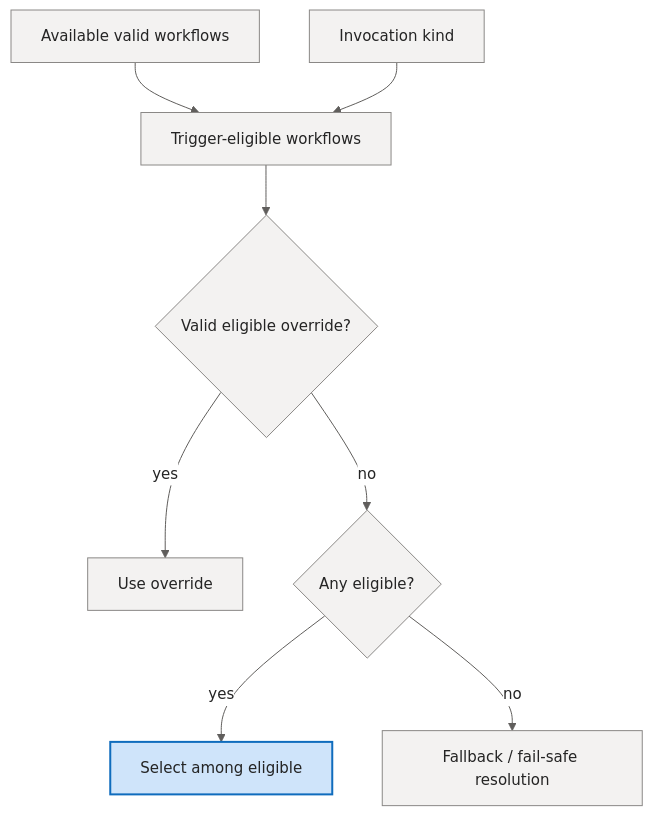
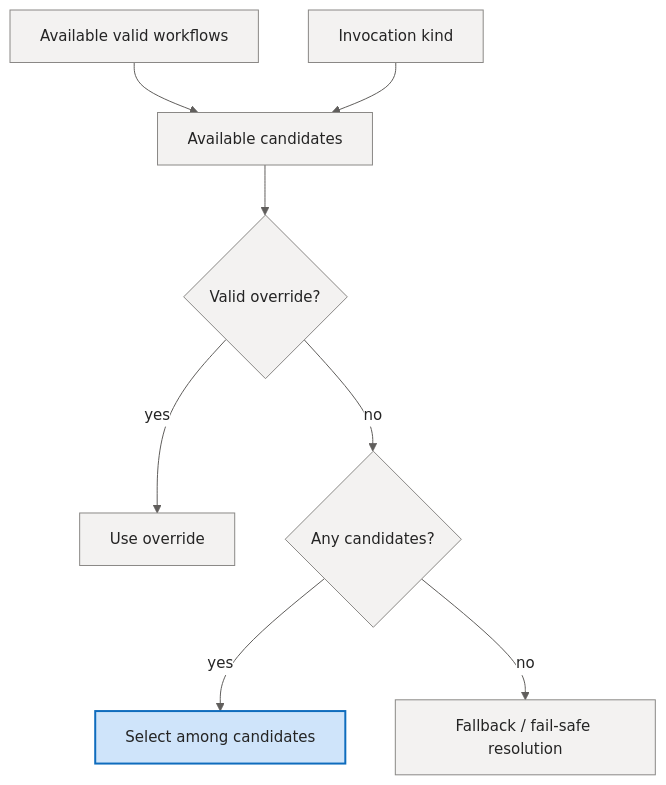
Before and after one commit to sabbour/agentweaver: the seventh of 11 diagrams in docs/deep-dive/workflow-engine.md, drawn with Mermaid. The commit also changed other lines of this file and 3 other files, not shown here.

````diff
--- a/docs/deep-dive/workflow-engine.md
+++ b/docs/deep-dive/workflow-engine.md
@@ -341,31 +324,31 @@
 ```mermaid
 %%{init: {'theme':'base','themeVariables':{'fontFamily':'Segoe UI, system-ui, -apple-system, sans-serif','fontSize':'15px','primaryColor':'#E8EEF9','primaryBorderColor':'#0F6CBD','primaryTextColor':'#242424','lineColor':'#605E5C','clusterBkg':'#FAF9F8','clusterBorder':'#D2D0CE','edgeLabelBackground':'#FFFFFF'}}}%%
 flowchart TD
     Available[Available valid workflows]
     Kind[Invocation kind]
-    Eligible[Trigger-eligible workflows]
-    Override{Valid eligible override?}
+    Candidates[Available candidates]
+    Override{Valid override?}
     UseOverride[Use override]
-    None{Any eligible?}
-    Select[Select among eligible]
+    None{Any candidates?}
+    Select[Select among candidates]
     Fallback[Fallback / fail-safe resolution]
 
-    Available --> Eligible
-    Kind --> Eligible
-    Eligible --> Override
+    Available --> Candidates
+    Kind --> Candidates
+    Candidates --> Override
     Override -- yes --> UseOverride
     Override -- no --> None
     None -- yes --> Select
     None -- no --> Fallback
 
     classDef client fill:#E8EEF9,stroke:#0F6CBD,stroke-width:1px,color:#242424;
     classDef svc fill:#F3F2F1,stroke:#8A8886,stroke-width:1px,color:#242424;
     classDef core fill:#CFE4FA,stroke:#0F6CBD,stroke-width:2px,color:#242424;
     classDef data fill:#FFF4CE,stroke:#C19C00,stroke-width:1px,color:#242424;
     classDef ext fill:#F0E8F8,stroke:#8764B8,stroke-width:1px,color:#242424;
     classDef runtime fill:#DDF3DD,stroke:#107C10,stroke-width:1px,color:#242424;
     classDef evt fill:#D6F0F0,stroke:#038387,stroke-width:1px,color:#242424;
 
-    class Available,Kind,Eligible,Override,UseOverride,None,Fallback svc;
+    class Available,Kind,Candidates,Override,UseOverride,None,Fallback svc;
     class Select core;
 ```
````
